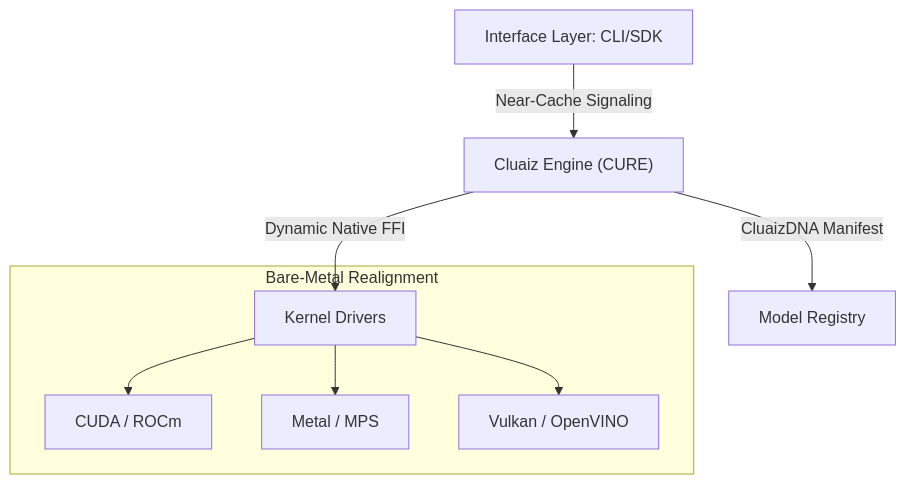
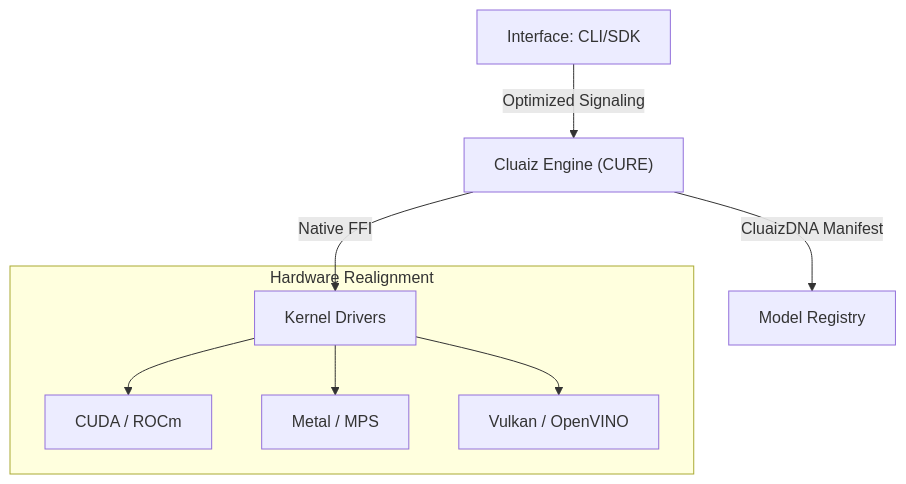
One commit to ayan-kushwaha/Cluaiz- changed the diagram in README.md. Above: the diagram before and after it, drawn with Mermaid. The commit also changed other lines of this file, not shown here.

Commit message:
docs: industrial hardening and technical realignment of README based on pro-level feedback

````diff
--- a/README.md
+++ b/README.md
@@ -54,12 +81,12 @@
 ```mermaid
 graph TD
-    A[Interface Layer: CLI/SDK] -- "Near-Cache Signaling" --> B["Cluaiz Engine (CURE)"]
+    A[Interface: CLI/SDK] -- "Optimized Signaling" --> B["Cluaiz Engine (CURE)"]
     B -- "CluaizDNA Manifest" --> C[Model Registry]
-    B -- "Dynamic Native FFI" --> D[Kernel Drivers]
+    B -- "Native FFI" --> D[Kernel Drivers]
     
-    subgraph "Bare-Metal Realignment"
+    subgraph "Hardware Realignment"
         D --> D1[CUDA / ROCm]
         D --> D2[Metal / MPS]
         D --> D3[Vulkan / OpenVINO]
     end
 ```
````
